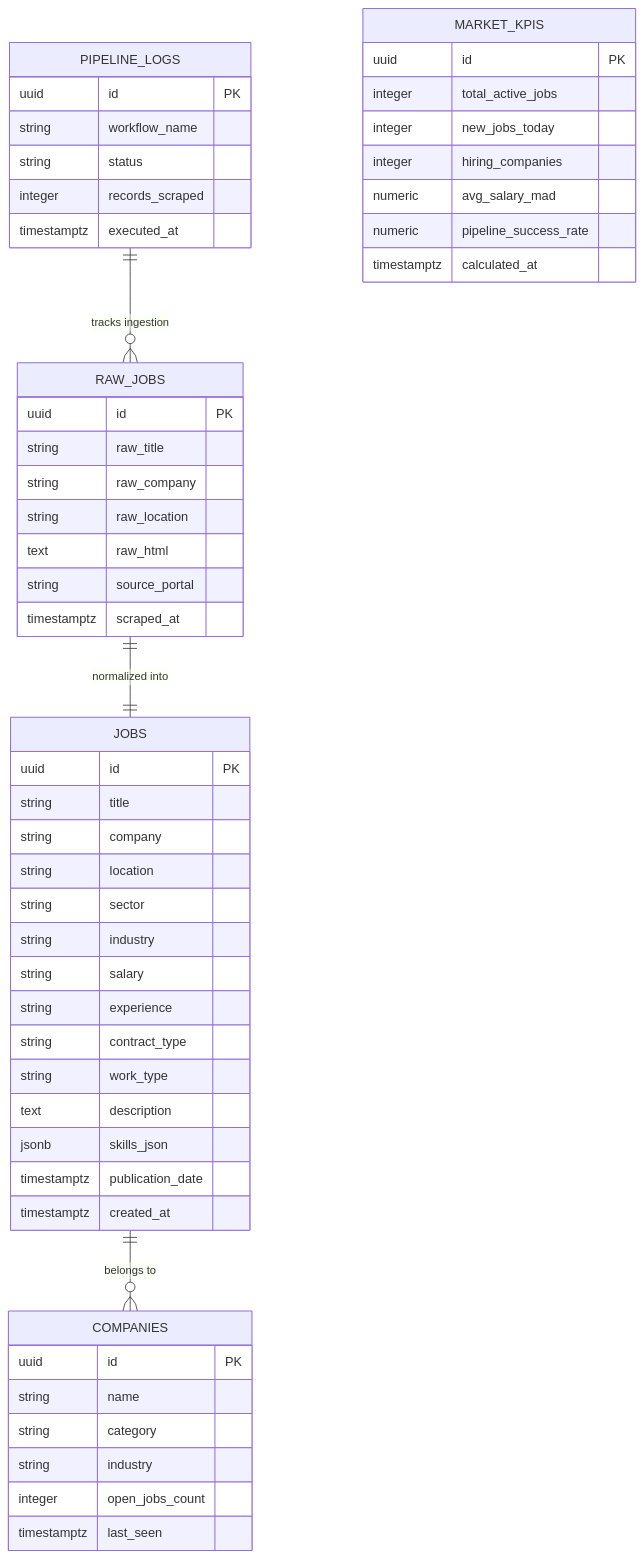
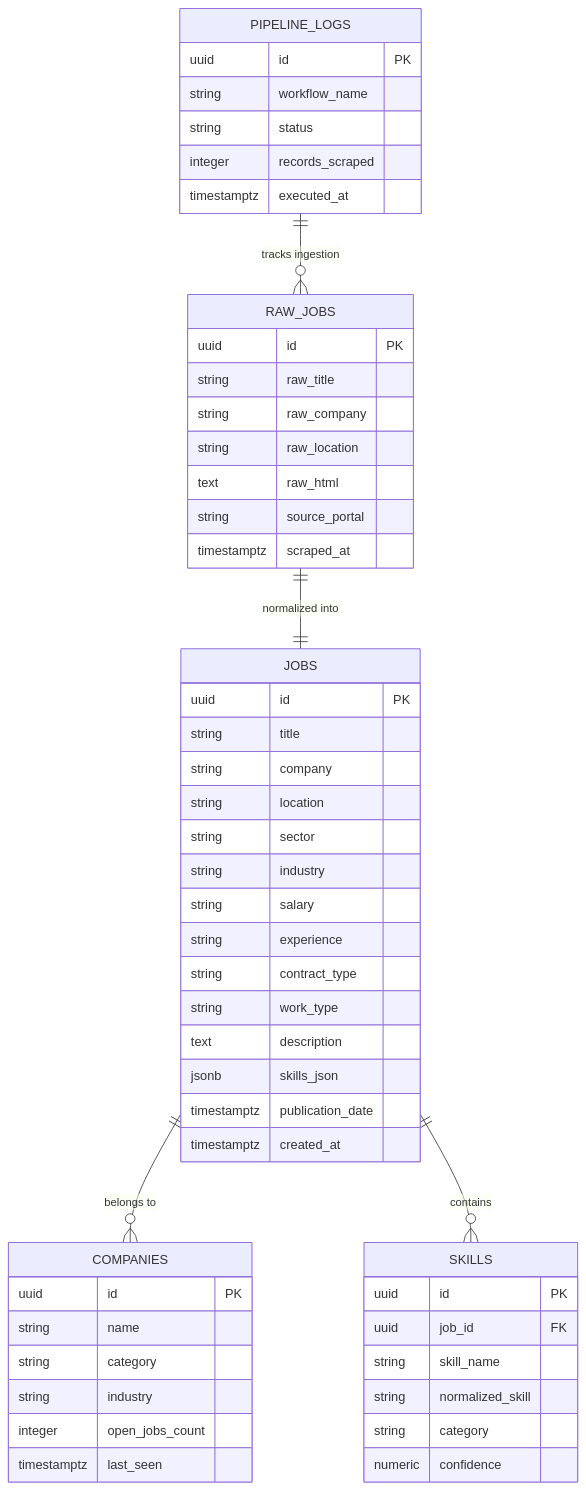
Before and after one commit to zakariabahtani35-prog/morocco-employment-intelligence-platform: the second of 2 diagrams in README.md, drawn with Mermaid. The commit also changed other lines of this file and 4 other files, not shown here.

````diff
--- a/README.md
+++ b/README.md
@@ -185,60 +186,60 @@
 ```mermaid
 erDiagram
     JOBS {
         uuid id PK
         string title
         string company
         string location
         string sector
         string industry
         string salary
         string experience
         string contract_type
         string work_type
         text description
         jsonb skills_json
         timestamptz publication_date
         timestamptz created_at
     }
 
     RAW_JOBS {
         uuid id PK
         string raw_title
         string raw_company
         string raw_location
         text raw_html
         string source_portal
         timestamptz scraped_at
     }
 
+    SKILLS {
+        uuid id PK
+        uuid job_id FK
+        string skill_name
+        string normalized_skill
+        string category
+        numeric confidence
+    }
+
     COMPANIES {
         uuid id PK
         string name
         string category
         string industry
         integer open_jobs_count
         timestamptz last_seen
     }
 
     PIPELINE_LOGS {
         uuid id PK
         string workflow_name
         string status
         integer records_scraped
         timestamptz executed_at
     }
 
-    MARKET_KPIS {
-        uuid id PK
-        integer total_active_jobs
-        integer new_jobs_today
-        integer hiring_companies
-        numeric avg_salary_mad
-        numeric pipeline_success_rate
-        timestamptz calculated_at
-    }
-
     JOBS ||--o{ COMPANIES : "belongs to"
+    JOBS ||--o{ SKILLS : "contains"
     RAW_JOBS ||--|| JOBS : "normalized into"
     PIPELINE_LOGS ||--o{ RAW_JOBS : "tracks ingestion"
 ```
````
